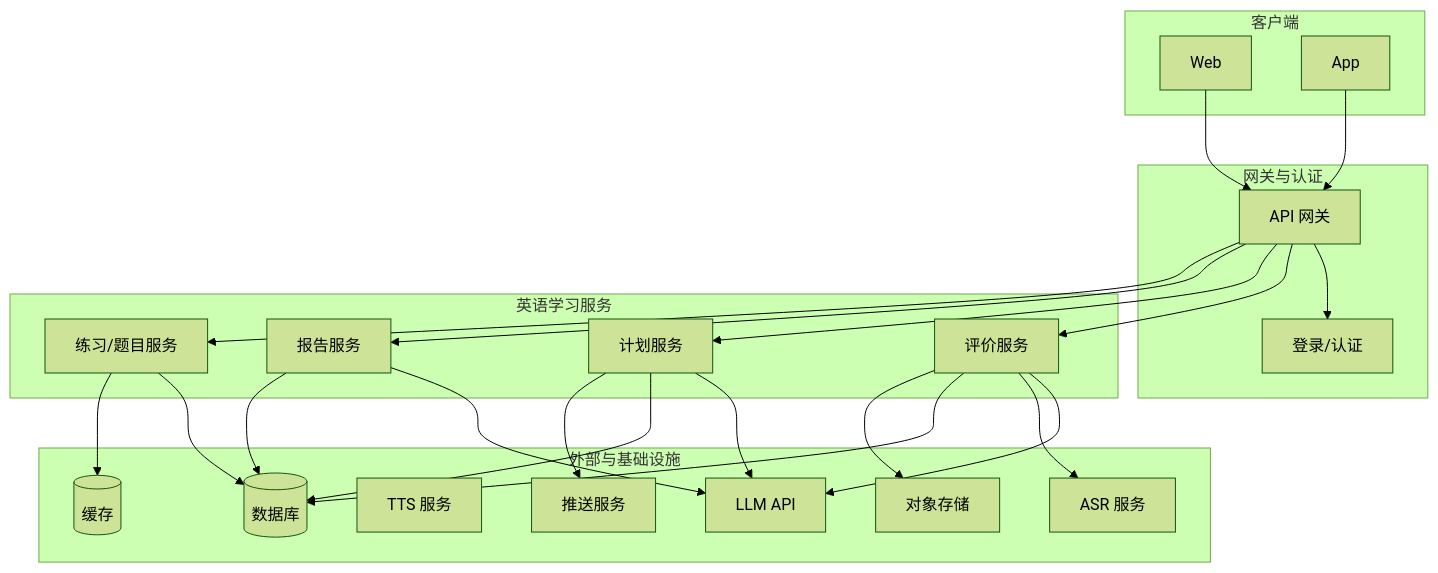
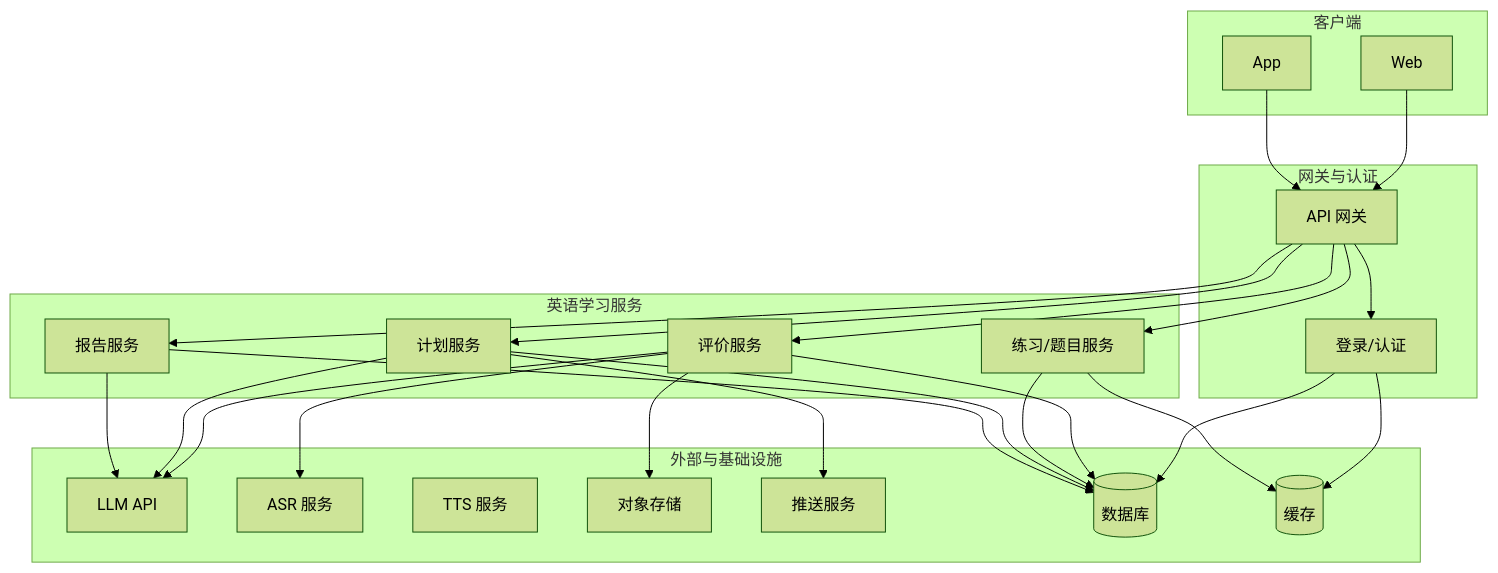
Before and after one commit to lqc19901106/stack-fe2full: the sixth of 14 diagrams in system-design/docs/AI+英语学习软件详细设计.md, drawn with Mermaid (forest theme). The commit also changed other lines of this file, not shown here.

````diff
--- a/system-design/docs/AI+英语学习软件详细设计.md
+++ b/system-design/docs/AI+英语学习软件详细设计.md
@@ -993,44 +1348,46 @@
 ```mermaid
 flowchart TB
     subgraph 客户端
         Web[Web]
         App[App]
     end
     subgraph 网关与认证
         Gateway[API 网关]
         Auth[登录/认证]
     end
     subgraph 英语学习服务
         Eval[评价服务]
         Plan[计划服务]
         Report[报告服务]
         Practice[练习/题目服务]
     end
     subgraph 外部与基础设施
         LLM[LLM API]
         ASR[ASR 服务]
         TTS[TTS 服务]
         Storage[对象存储]
         Push[推送服务]
         DB[(数据库)]
         Cache[(缓存)]
     end
     Web --> Gateway
     App --> Gateway
     Gateway --> Auth
     Gateway --> Eval
     Gateway --> Plan
     Gateway --> Report
     Gateway --> Practice
+    Auth --> DB
+    Auth --> Cache
     Eval --> LLM
     Eval --> ASR
     Eval --> DB
     Practice --> DB
     Plan --> LLM
     Plan --> DB
     Plan --> Push
     Report --> LLM
     Report --> DB
     Eval --> Storage
     Practice --> Cache
 ```
````
